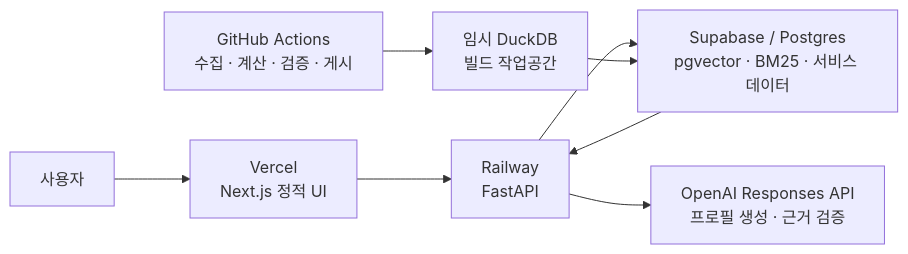
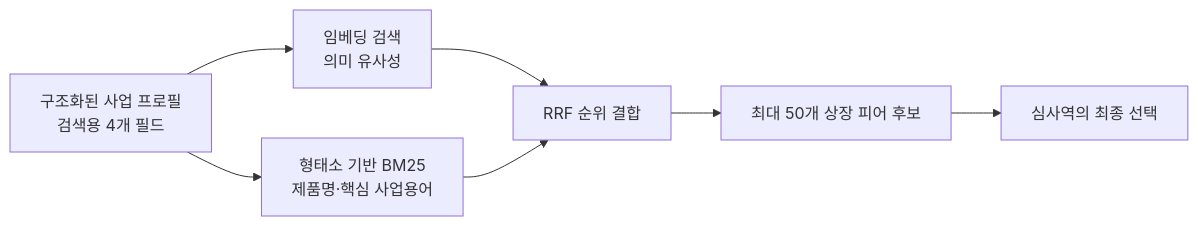
One commit to Larryjisu/larryjisu.github.io changed the first of 3 diagrams in content/posts/peergroup-engineering.md. Above: the diagram before and after it, drawn with Mermaid. The commit also changed other lines of this file and 5 other files, not shown here.

````diff
--- a/content/posts/peergroup-engineering.md
+++ b/content/posts/peergroup-engineering.md
@@ -35,10 +61,9 @@
 ```mermaid
 flowchart LR
-    U["사용자"] --> FE["Vercel<br/>Next.js 정적 UI"]
-    FE --> API["Railway<br/>FastAPI"]
-    API --> DB["Supabase / Postgres<br/>pgvector · BM25 · 서비스 데이터"]
-    API --> LLM["OpenAI Responses API<br/>프로필 생성 · 근거 검증"]
-    ACT["GitHub Actions<br/>수집 · 계산 · 검증 · 게시"] --> DUCK["임시 DuckDB<br/>빌드 작업공간"]
-    DUCK --> DB
-    DB --> API
+    P["구조화된 사업 프로필<br/>검색용 4개 필드"] --> D["임베딩 검색<br/>의미 유사성"]
+    P --> B["형태소 기반 BM25<br/>제품명·핵심 사업용어"]
+    D --> R["RRF 순위 결합"]
+    B --> R
+    R --> C["최대 50개 상장 피어 후보"]
+    C --> H["심사역의 최종 선택"]
 ```
````
